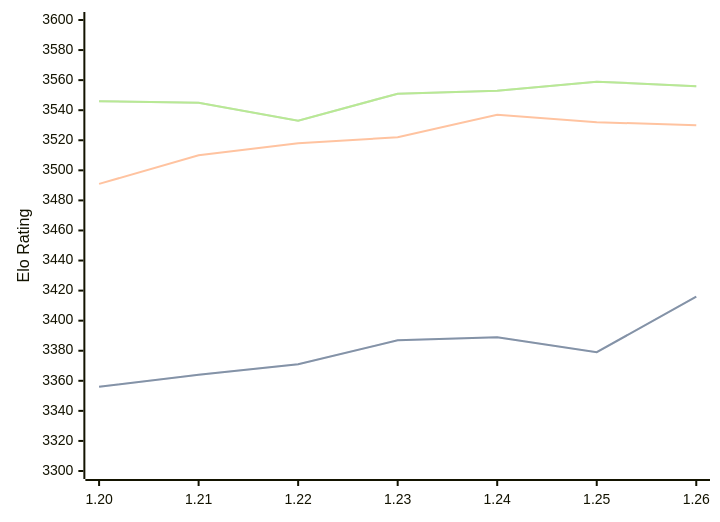
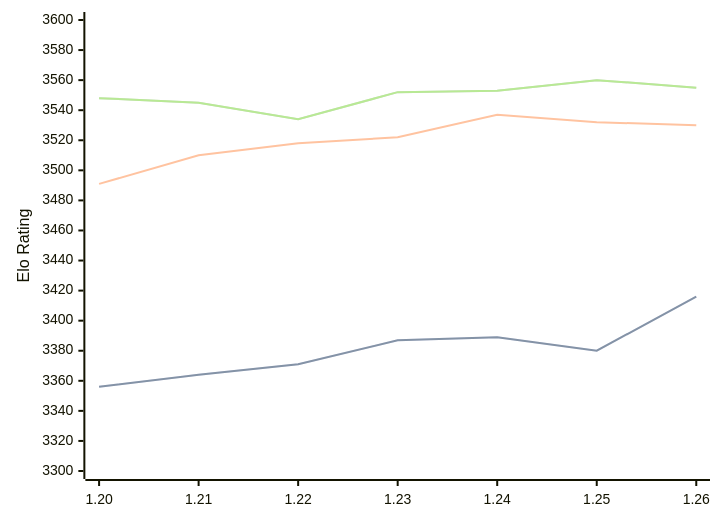
One commit to computer-chess-index/cci changed the diagram in engines/Caissa.md. Above: the diagram before and after it, drawn with Mermaid. The commit also changed other lines of this file, not shown here.

Commit message:
Update CCI Ratings (ELO VLTC) - 2026-08-28

````diff
--- a/engines/Caissa.md
+++ b/engines/Caissa.md
@@ -37,11 +37,11 @@
 ```mermaid
 %%{init: {"theme":"base","themeVariables":{"seriesColors:['#a3a3a3','#222221','#faa371']}}}%%
 xychart-beta
   x-axis ["1.20", "1.21", "1.22", "1.23", "1.24", "1.25", "1.26"]
   y-axis "Elo Rating" 3300 --> 3600
-  line "" [3356, 3364, 3371, 3387, 3389, 3379, 3416]
-  line "STC (8.0+0.08s)" [3356, 3364, 3371, 3387, 3389, 3379, 3416]
+  line "" [3356, 3364, 3371, 3387, 3389, 3380, 3416]
+  line "STC (8.0+0.08s)" [3356, 3364, 3371, 3387, 3389, 3380, 3416]
   line "LTC (60.0+0.60s)" [3491, 3510, 3518, 3522, 3537, 3532, 3530]
-  line "" [3546, 3545, 3533, 3551, 3553, 3559, 3556]
-  line "VLTC (2m24s+1.12s)" [3546, 3545, 3533, 3551, 3553, 3559, 3556]
+  line "" [3548, 3545, 3534, 3552, 3553, 3560, 3555]
+  line "VLTC (2m24s+1.12s)" [3548, 3545, 3534, 3552, 3553, 3560, 3555]
 ```
````
